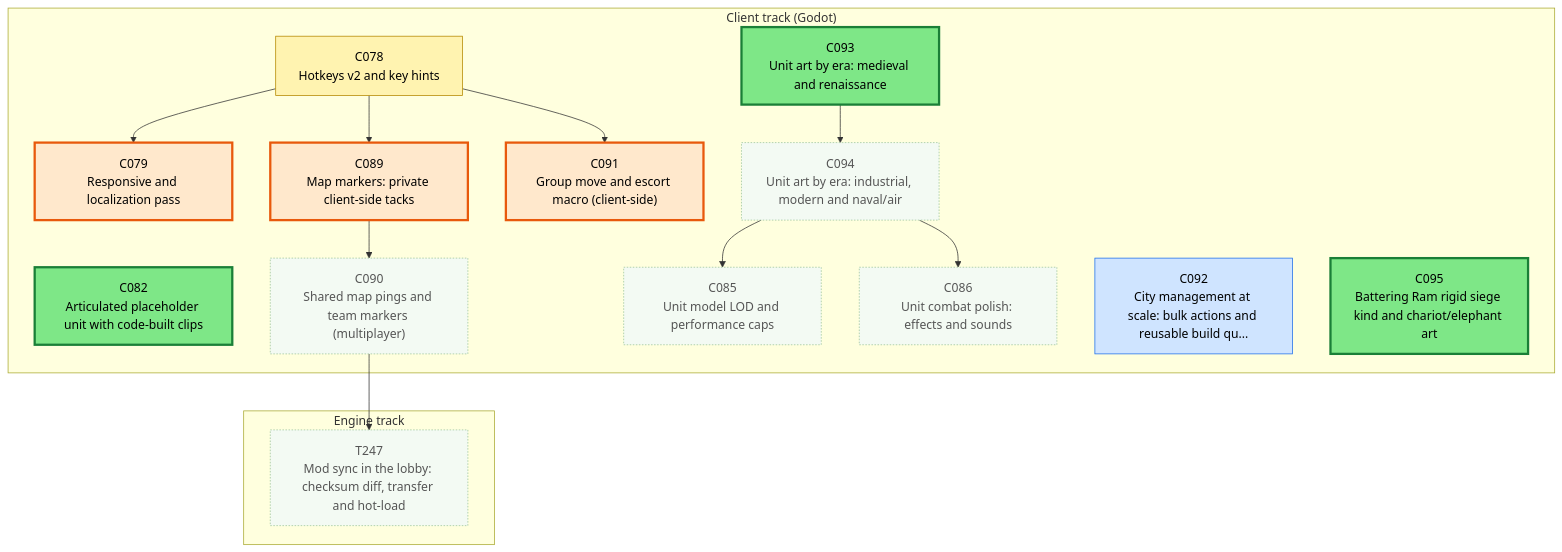
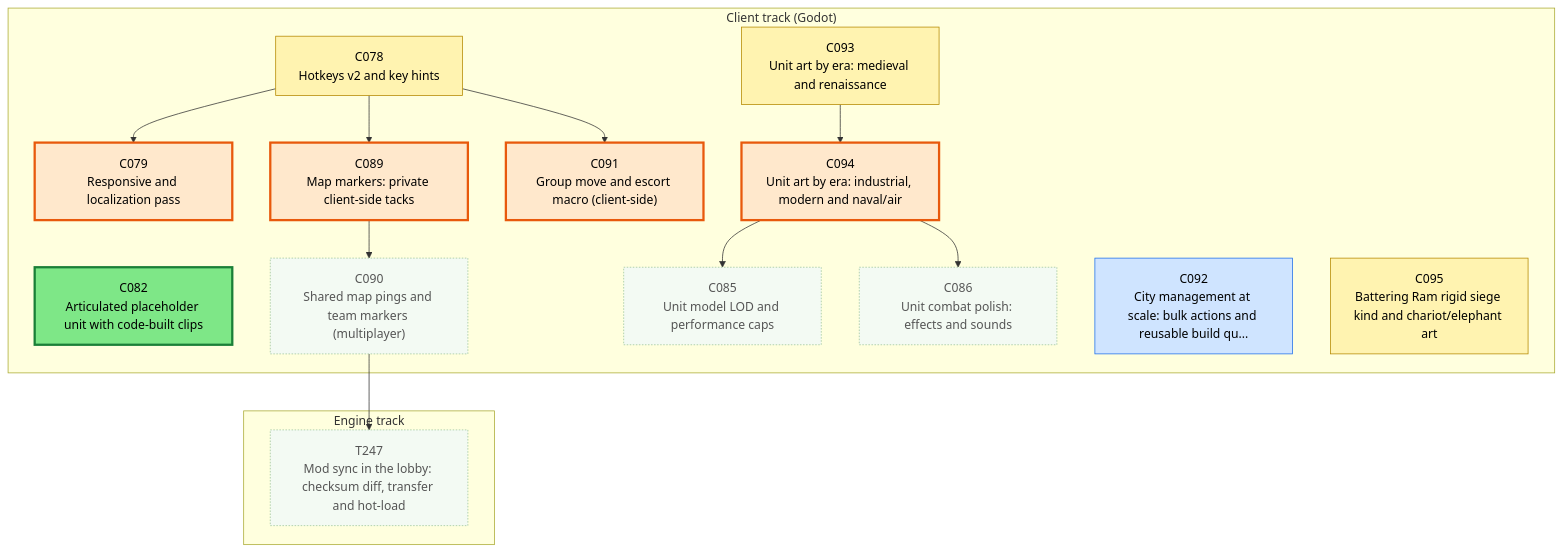
The first of 3 diagrams in csharp/migration/DEPENDENCY_MAP.md (Kenmura/Unciv), drawn with Mermaid before and after one commit. The commit also changed other lines of this file and 1 other file, not shown here.

````diff
--- a/csharp/migration/DEPENDENCY_MAP.md
+++ b/csharp/migration/DEPENDENCY_MAP.md
@@ -25,48 +25,48 @@
 ```mermaid
 flowchart TD
   subgraph TTRACK["Engine track"]
     T247["T247<br/>Mod sync in the lobby: checksum diff, transfer and hot-load"]
   end
   subgraph CTRACK["Client track (Godot)"]
     C078["C078<br/>Hotkeys v2 and key hints"]
     C079["C079<br/>Responsive and localization pass"]
     C082["C082<br/>Articulated placeholder unit with code-built clips"]
     C085["C085<br/>Unit model LOD and performance caps"]
     C086["C086<br/>Unit combat polish: effects and sounds"]
     C089["C089<br/>Map markers: private client-side tacks"]
     C090["C090<br/>Shared map pings and team markers (multiplayer)"]
     C091["C091<br/>Group move and escort macro (client-side)"]
     C092["C092<br/>City management at scale: bulk actions and reusable build qu..."]
     C093["C093<br/>Unit art by era: medieval and renaissance"]
     C094["C094<br/>Unit art by era: industrial, modern and naval/air"]
     C095["C095<br/>Battering Ram rigid siege kind and chariot/elephant art"]
   end
   C090 --> T247
   C078 --> C079
   C094 --> C085
   C094 --> C086
   C078 --> C089
   C089 --> C090
   C078 --> C091
   C093 --> C094
   classDef waiting fill:#f3faf3,stroke:#9bc49b,color:#555,stroke-dasharray:2 2
   classDef ondeck fill:#ffe8cc,stroke:#e8590c,stroke-width:3px,color:#000
   classDef ready fill:#7ee787,stroke:#1a7f37,stroke-width:3px,color:#000
   classDef prog fill:#fff3b0,stroke:#b58900,color:#000
   classDef review fill:#cfe4ff,stroke:#1f6feb,color:#000
   classDef blocked fill:#ffd6d6,stroke:#c62828,color:#000
   classDef done fill:#eeeeee,stroke:#999999,color:#666,stroke-dasharray:4 3
   class C078 prog
   class C079 ondeck
   class C082 ready
   class C085 waiting
   class C086 waiting
   class C089 ondeck
   class C090 waiting
   class C091 ondeck
   class C092 review
-  class C093 ready
-  class C094 waiting
-  class C095 ready
+  class C093 prog
+  class C094 ondeck
+  class C095 prog
   class T247 waiting
 ```
````
